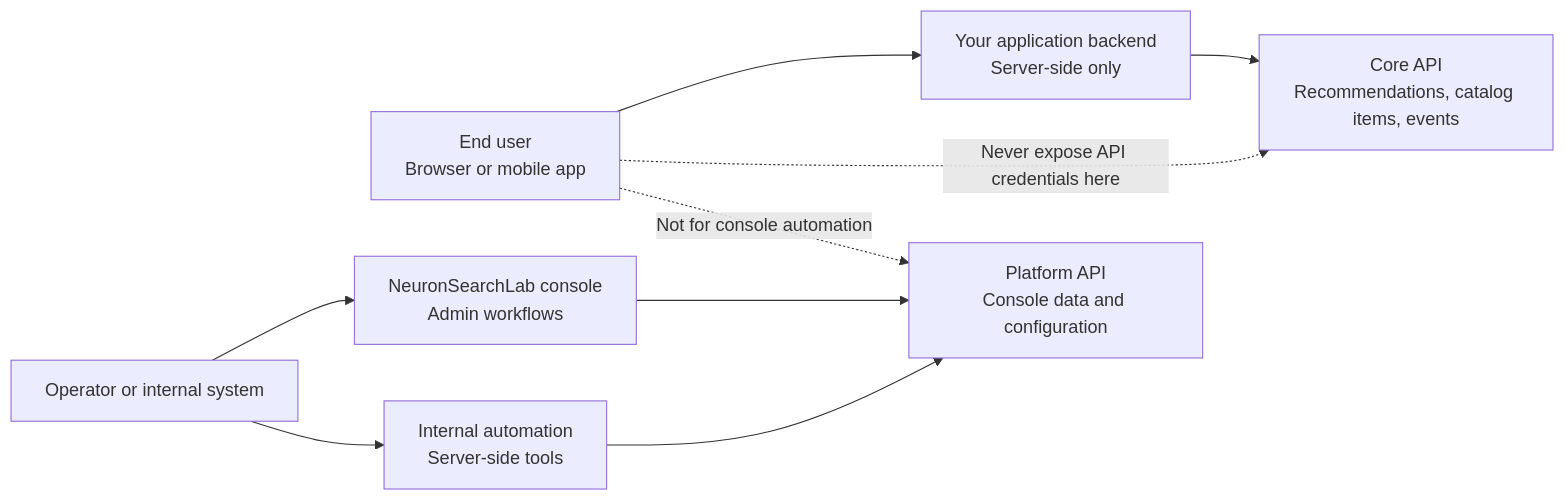
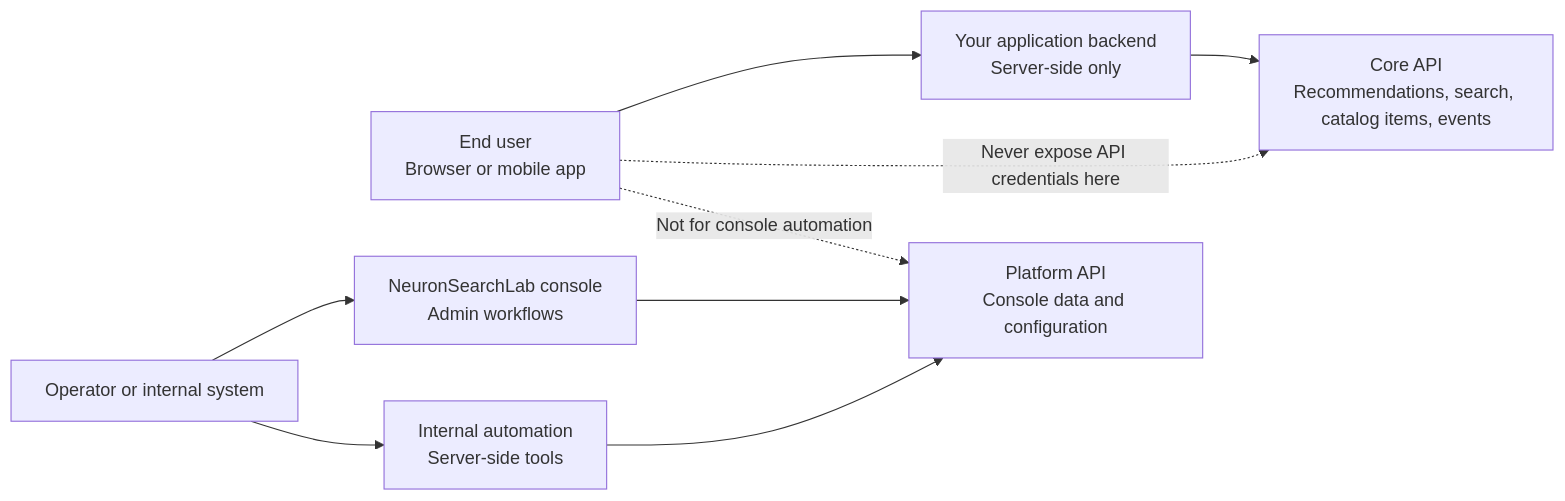
Before and after one commit to NeuronSearchLab/docs: the diagram in api-reference/introduction.mdx, drawn with Mermaid. The commit also changed other lines of this file and 7 other files, not shown here.

Commit message:
docs: add Core API search guide

````diff
--- a/api-reference/introduction.mdx
+++ b/api-reference/introduction.mdx
@@ -14,13 +14,13 @@
 ```mermaid
 flowchart LR
   endUser["End user\nBrowser or mobile app"] --> appBackend["Your application backend\nServer-side only"]
-  appBackend --> coreApi["Core API\nRecommendations, catalog items, events"]
+  appBackend --> coreApi["Core API\nRecommendations, search, catalog items, events"]
 
   operator["Operator or internal system"] --> console["NeuronSearchLab console\nAdmin workflows"]
   operator --> internalTool["Internal automation\nServer-side tools"]
   console --> platformApi["Platform API\nConsole data and configuration"]
   internalTool --> platformApi
 
   endUser -. "Never expose API credentials here" .-> coreApi
   endUser -. "Not for console automation" .-> platformApi
 ```
````
